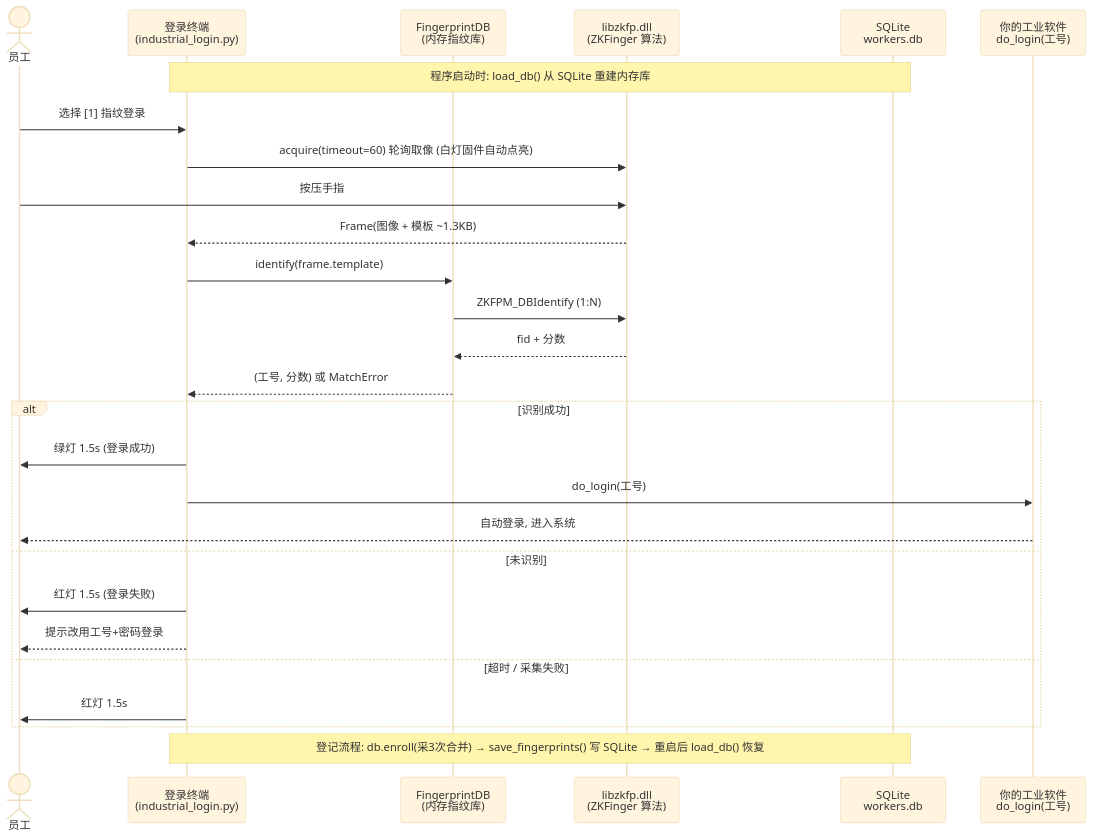
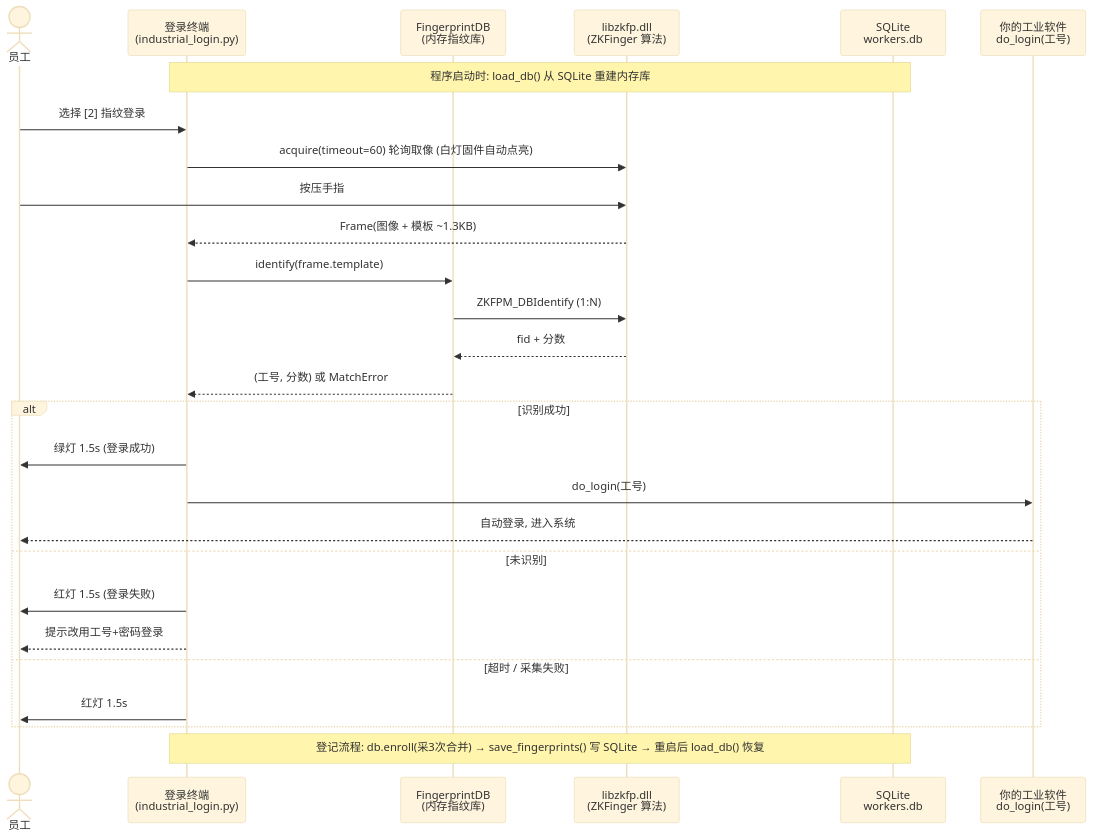
The second of 2 diagrams in README.md (yunluo/pyzk20r), drawn with Mermaid (base theme) before and after one commit. The commit also changed other lines of this file and 2 other files, not shown here.

Commit message:
chore: industrial_login 菜单序号调整 — [1] 登记员工指纹 / [2] 指纹登录

````diff
--- a/README.md
+++ b/README.md
@@ -194,32 +194,32 @@
 ```mermaid
 sequenceDiagram
     actor W as 员工
     participant App as 登录终端<br/>(industrial_login.py)
     participant DB as FingerprintDB<br/>(内存指纹库)
     participant SDK as libzkfp.dll<br/>(ZKFinger 算法)
     participant Store as SQLite<br/>workers.db
     participant MES as 你的工业软件<br/>do_login(工号)
 
     Note over App,Store: 程序启动时: load_db() 从 SQLite 重建内存库
-    W->>App: 选择 [1] 指纹登录
+    W->>App: 选择 [2] 指纹登录
     App->>SDK: acquire(timeout=60) 轮询取像 (白灯固件自动点亮)
     W->>SDK: 按压手指
     SDK-->>App: Frame(图像 + 模板 ~1.3KB)
     App->>DB: identify(frame.template)
     DB->>SDK: ZKFPM_DBIdentify (1:N)
     SDK-->>DB: fid + 分数
     DB-->>App: (工号, 分数) 或 MatchError
 
     alt 识别成功
         App->>W: 绿灯 1.5s (登录成功)
         App->>MES: do_login(工号)
         MES-->>W: 自动登录, 进入系统
     else 未识别
         App->>W: 红灯 1.5s (登录失败)
         App-->>W: 提示改用工号+密码登录
     else 超时 / 采集失败
         App->>W: 红灯 1.5s
     end
 
     Note over App,Store: 登记流程: db.enroll(采3次合并) → save_fingerprints() 写 SQLite → 重启后 load_db() 恢复
 ```
````
